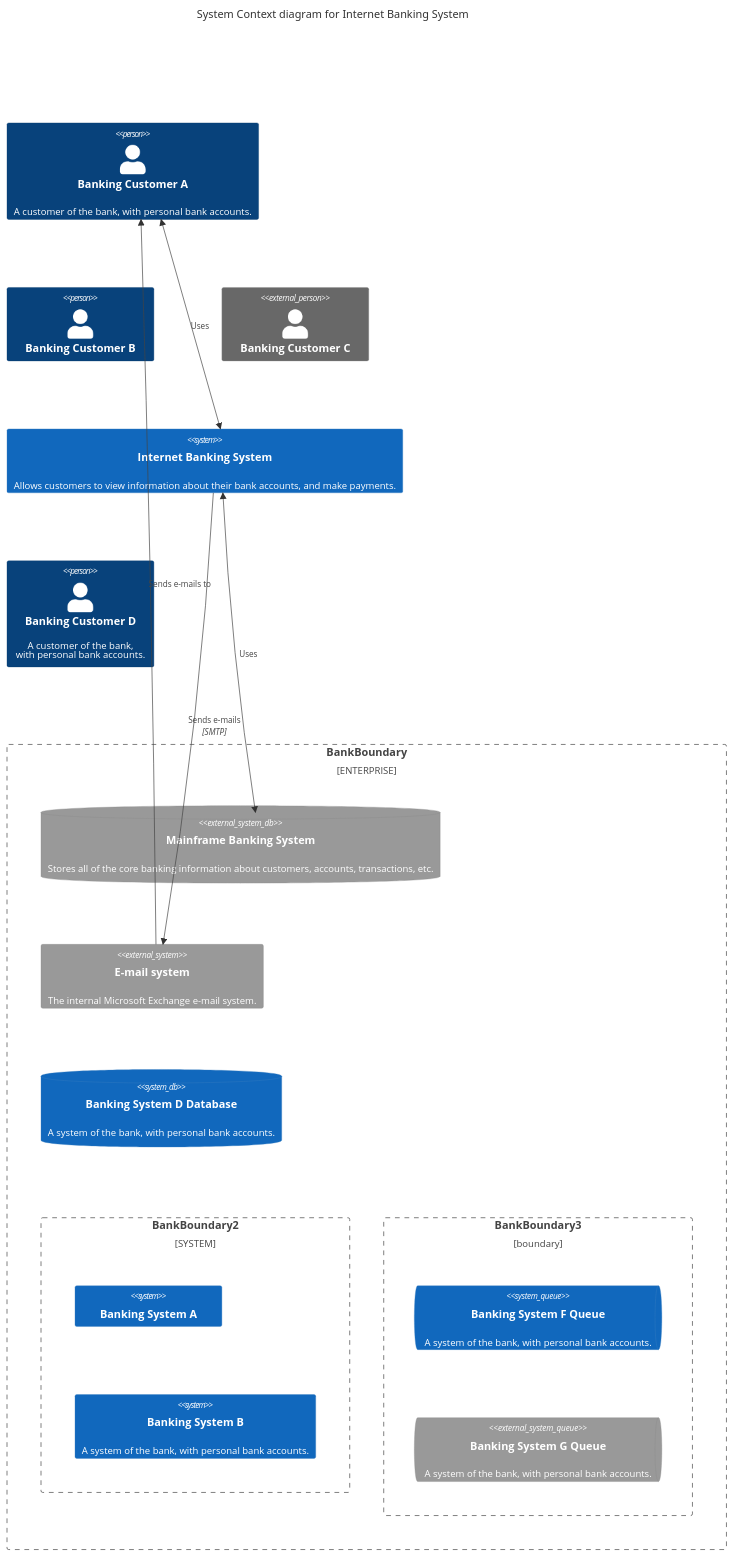
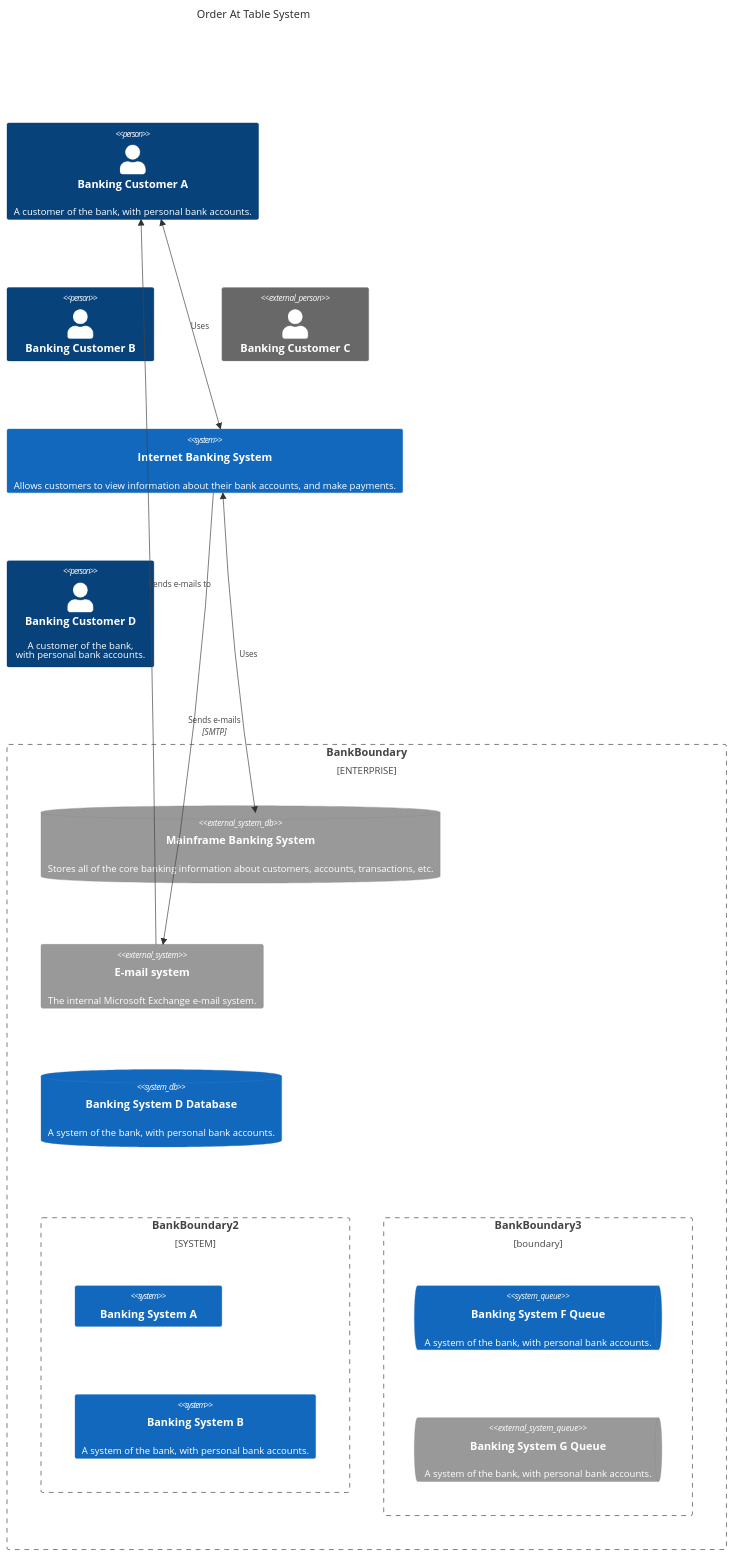
The diagram in c4-model.md (anandakumarpalanisamy/css-recipes), drawn with Mermaid before and after one commit.

````diff
--- a/c4-model.md
+++ b/c4-model.md
@@ -1,34 +1,34 @@
 ```mermaid
 C4Context
-title System Context diagram for Internet Banking System
+title Order At Table System
 
 Person(customerA, "Banking Customer A", "A customer of the bank, with personal bank accounts.")
 Person(customerB, "Banking Customer B")
 Person_Ext(customerC, "Banking Customer C")
 System(SystemAA, "Internet Banking System", "Allows customers to view information about their bank accounts, and make payments.")
 
 Person(customerD, "Banking Customer D", "A customer of the bank, <br/> with personal bank accounts.")
 
 Enterprise_Boundary(b1, "BankBoundary") {
 
   SystemDb_Ext(SystemE, "Mainframe Banking System", "Stores all of the core banking information about customers, accounts, transactions, etc.")
 
   System_Boundary(b2, "BankBoundary2") {
     System(SystemA, "Banking System A")
     System(SystemB, "Banking System B", "A system of the bank, with personal bank accounts.")
   }
 
   System_Ext(SystemC, "E-mail system", "The internal Microsoft Exchange e-mail system.")
   SystemDb(SystemD, "Banking System D Database", "A system of the bank, with personal bank accounts.")
 
   Boundary(b3, "BankBoundary3", "boundary") {
     SystemQueue(SystemF, "Banking System F Queue", "A system of the bank, with personal bank accounts.")
     SystemQueue_Ext(SystemG, "Banking System G Queue", "A system of the bank, with personal bank accounts.")
   }
 }
 
 BiRel(customerA, SystemAA, "Uses")
 BiRel(SystemAA, SystemE, "Uses")
 Rel(SystemAA, SystemC, "Sends e-mails", "SMTP")
 Rel(SystemC, customerA, "Sends e-mails to")
 ```
````
